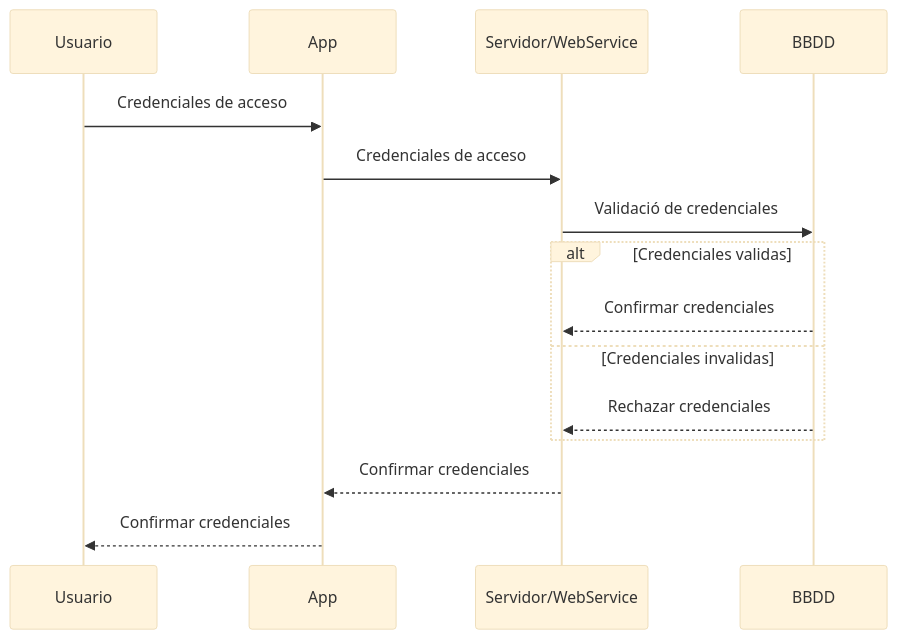
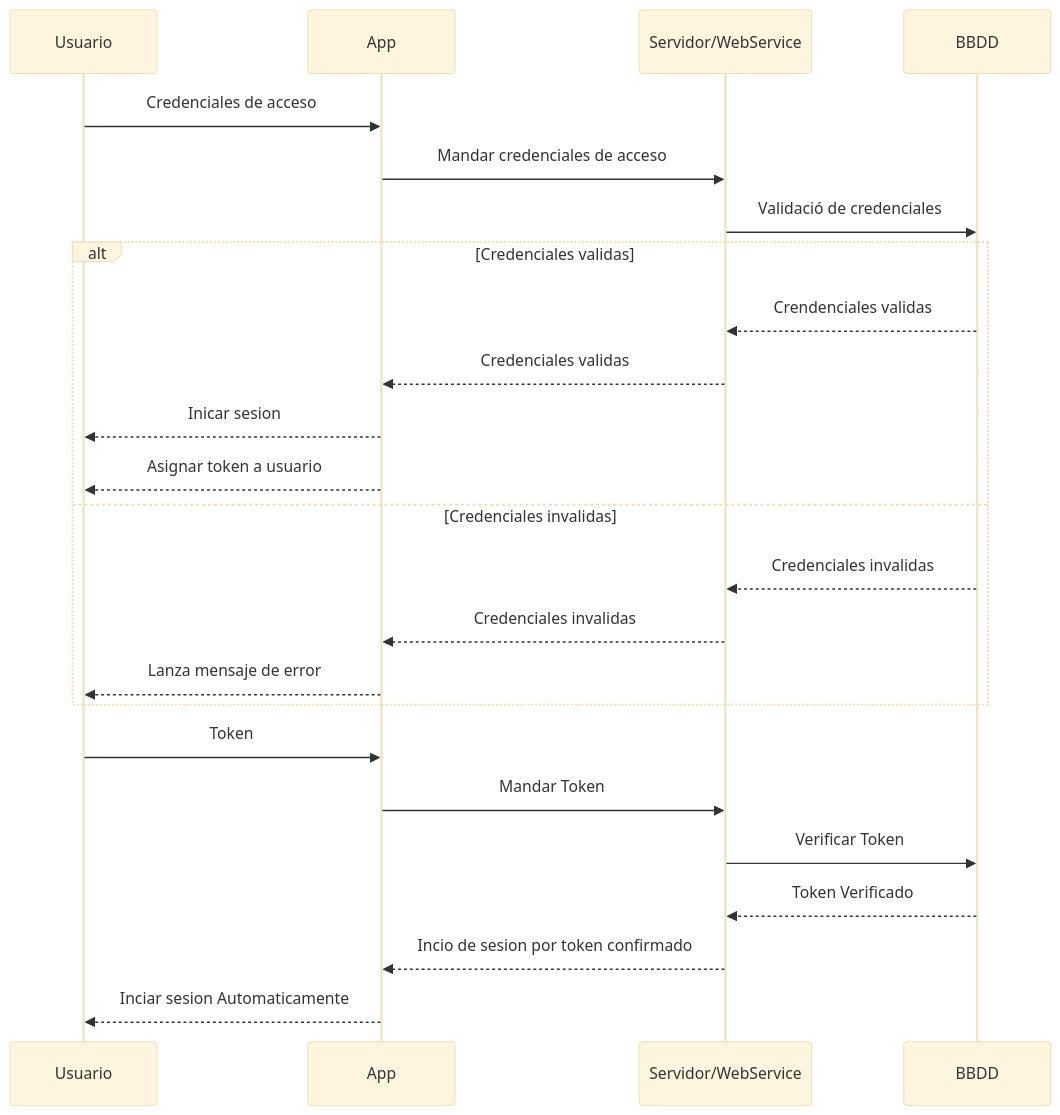
One commit to DNIXD/Tapatapp changed the diagram in Prototipo3/Diagramas/DiagramaSequencial.mermaid. Above: the diagram before and after it, drawn with Mermaid (base theme).

```diff
--- a/Prototipo3/Diagramas/DiagramaSequencial.mermaid
+++ b/Prototipo3/Diagramas/DiagramaSequencial.mermaid
@@ -1,17 +1,28 @@
 sequenceDiagram
     participant Usuario
     participant App
     participant Servidor/WebService
     participant BBDD
     
     %% Inicio de sesion
     Usuario->>App: Credenciales de acceso
-    App->>Servidor/WebService: Credenciales de acceso
+    App->>Servidor/WebService: Mandar credenciales de acceso
     Servidor/WebService->>BBDD: Validació de credenciales
     alt Credenciales validas
-    BBDD-->>Servidor/WebService: Confirmar credenciales
+    BBDD-->>Servidor/WebService: Crendenciales validas
+    Servidor/WebService-->>App: Credenciales validas
+    App-->>Usuario: Inicar sesion
+    App-->>Usuario: Asignar token a usuario
     else Credenciales invalidas
-    BBDD-->>Servidor/WebService: Rechazar credenciales
+    BBDD-->>Servidor/WebService: Credenciales invalidas
+    Servidor/WebService-->>App: Credenciales invalidas
+    App-->>Usuario: Lanza mensaje de error
     end
-    Servidor/WebService-->>App: Confirmar credenciales
-    App-->>Usuario: Confirmar credenciales
+
+    %% Inicio de session post primera vez
+    Usuario->>App: Token
+    App->>Servidor/WebService: Mandar Token
+    Servidor/WebService->>BBDD: Verificar Token
+    BBDD-->>Servidor/WebService: Token Verificado
+    Servidor/WebService-->>App: Incio de sesion por token confirmado
+    App-->>Usuario: Inciar sesion Automaticamente
```
